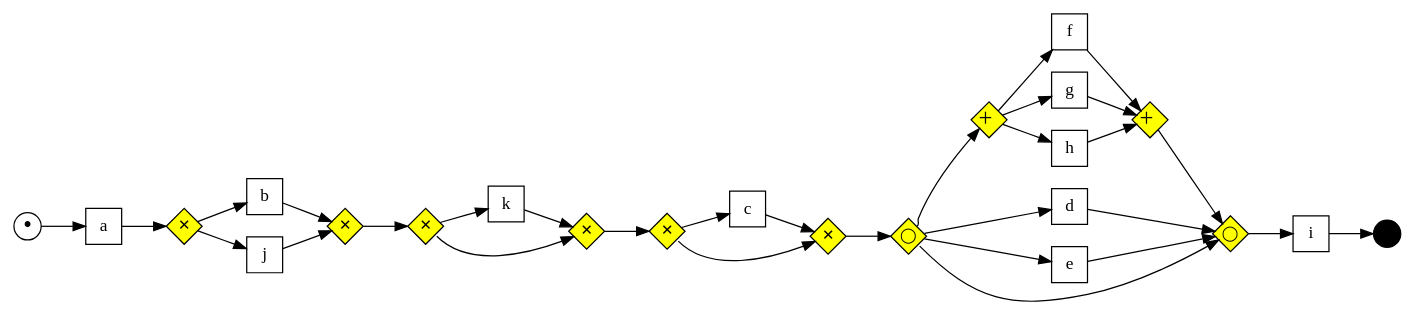
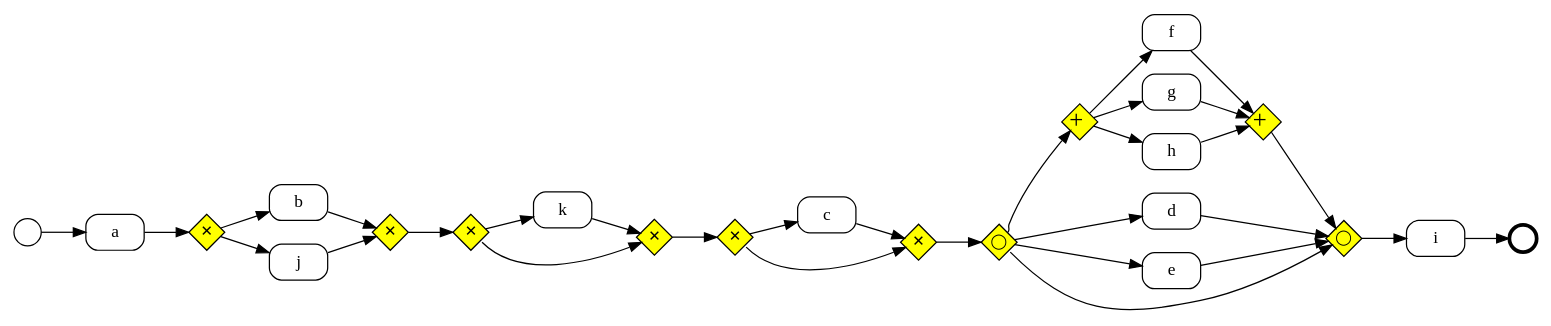
The diagram in PracaInzynierskaTex/examples/v12a11c3512l9.csv_run-10231_21_3_1_042344_29708_523416/graph.gv (psm8/automated-business-process-discovery), drawn with Graphviz before and after one commit. The commit also changed 18 other files, not shown here.

```diff
--- a/PracaInzynierskaTex/examples/v12a11c3512l9.csv_run-10231_21_3_1_042344_29708_523416/graph.gv
+++ b/PracaInzynierskaTex/examples/v12a11c3512l9.csv_run-10231_21_3_1_042344_29708_523416/graph.gv
@@ -1,54 +1,55 @@
 digraph G {
   rankdir=LR;
+
   subgraph place {
     node [shape=circle,fixedsize=true,label="",height=.3,width=.3];
-    in [label="&bull;", fontsize=20];
-    out [style=filled,fillcolor=black];
+    in;
+    out[penwidth=3];
   }
   subgraph xorgate {
     node [shape=diamond,fixedsize=true,width=.4,height=.4,label=<&#x2715;>,fontsize=12,style=filled,fillcolor=yellow]
     x1;x2;o1;o2;o3;o4;
   }
   subgraph andgate {
   node [shape=diamond,fixedsize=true,width=.4,height=.4 label=<&#43;>,fontsize=20,style=filled,fillcolor=yellow]
     a1;a2
   }
   subgraph optgate {
     node [shape=diamond,fixedsize=true,width=.4,height=.4,label=<&#9711;>,fontsize=12,style=filled,fillcolor=yellow]
     o5;o6
   }
   subgraph transitions {
-    node [shape=rect,height=0.4,width=.4];
+    node [shape=Mrecord,height=0.4,width=.65];
     a; b; c; d; e; f, g, h; i; j; k;
   }
   subgraph skip {
     node [shape=rect,label="",height=0.4,width=.4,style=filled,fillcolor=black];
 
   }
 
   # align horizontally
   {edge [weight=1]; }
 
   in->a->x1;
   x1->b->x2;
   x1->j->x2;
   x2->o1
   o1->k->o2;
   o1:se->o2;
   o2->o3
   o3->c->o4;
   o3:se->o4;
   o4->o5;
   o5->e->o6;
   o5:ne->a1
   a2->o6;
   o5->d->o6;
   a1->f->a2;
   a1->g->a2;
   a1->h->a2;
   o5:se->o6;
   o6->i->out
   # align vertically
   {rank=same; b;j}
   {rank=same; f;h;g;e;d}
 }
```
